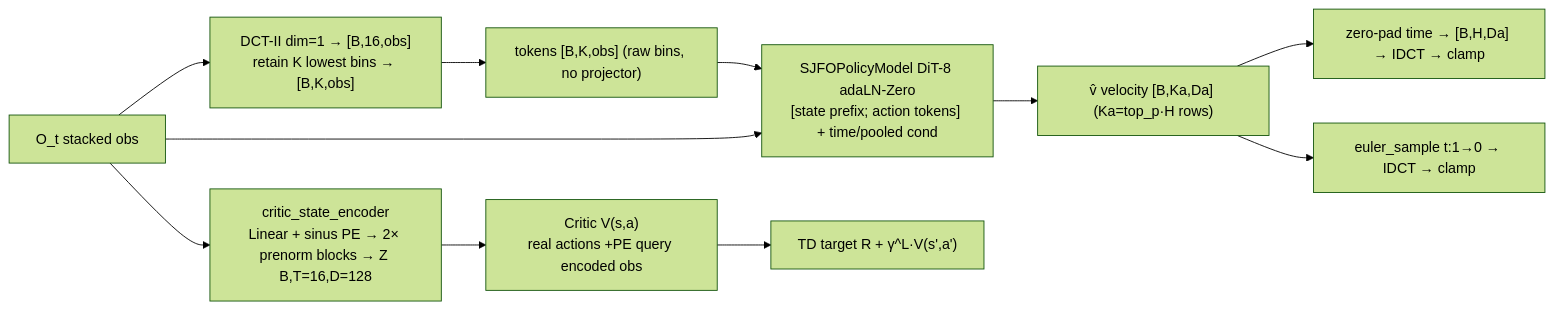
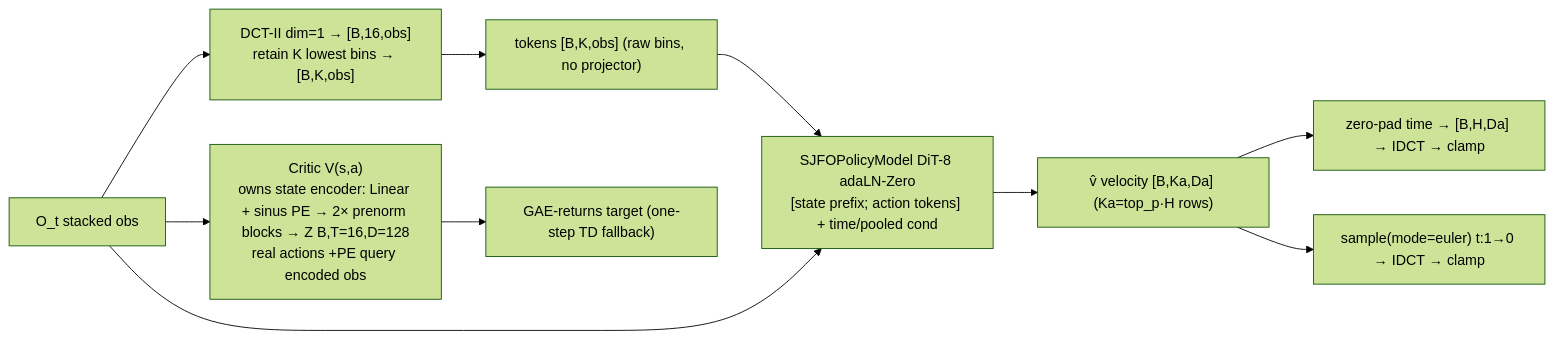
One commit to dzungphieuluuky/flow-policy-optimization changed the diagram in docs/architecture.md. Above: the diagram before and after it, drawn with Mermaid (forest theme). The commit also changed other lines of this file, not shown here.

Commit message:
Docs: architecture diagram without standalone encoder trunk

````diff
--- a/docs/architecture.md
+++ b/docs/architecture.md
@@ -14,13 +14,12 @@
 ```mermaid
 flowchart LR
   O[O_t stacked obs] --> DCT["DCT-II dim=1 → [B,16,obs]\nretain K lowest bins → [B,K,obs]"]
   DCT --> TOK["tokens [B,K,obs] (raw bins, no projector)"]
   TOK --> DIT["SJFOPolicyModel DiT-8 adaLN-Zero\n[state prefix; action tokens] + time/pooled cond"]
   O --> DIT
   DIT --> V["v̂ velocity [B,Ka,Da] (Ka=top_p·H rows)"]
   V --> PAD["zero-pad time → [B,H,Da] → IDCT → clamp"]
-  V --> EUL["euler_sample t:1→0 → IDCT → clamp"]
-  O --> CE[critic_state_encoder\nLinear + sinus PE → 2× prenorm blocks → Z B,T=16,D=128]
-  CE --> CR["Critic V(s,a)\nreal actions +PE query encoded obs"]
-  CR --> TD["TD target R + γ^L·V(s',a')"]
+  V --> EUL["sample(mode=euler) t:1→0 → IDCT → clamp"]
+  O --> CR["Critic V(s,a)\nowns state encoder: Linear + sinus PE → 2× prenorm blocks → Z B,T=16,D=128\nreal actions +PE query encoded obs"]
+  CR --> TD["GAE-returns target (one-step TD fallback)"]
 ```
````
